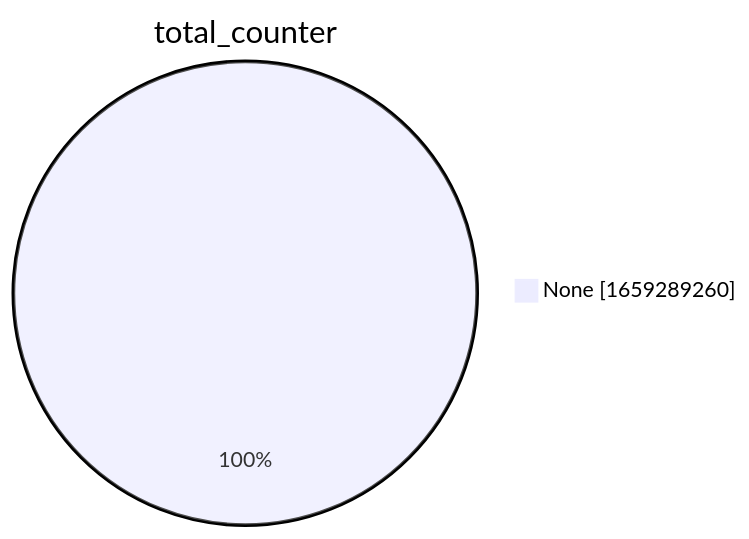
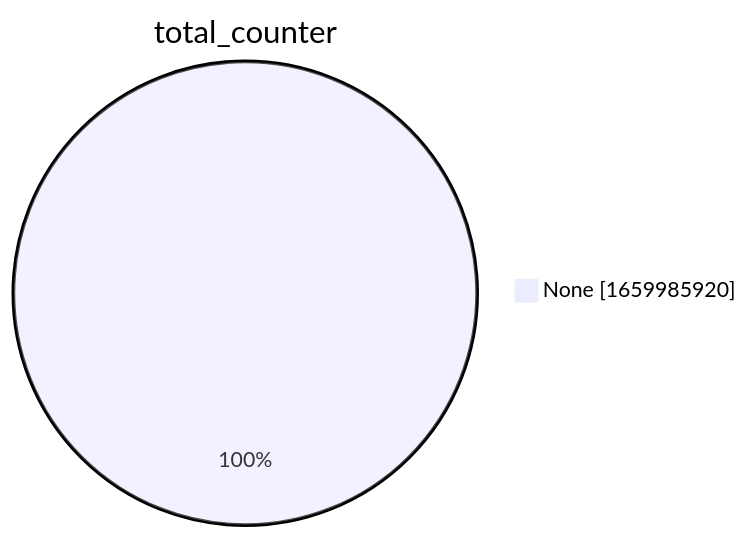
Before and after one commit to christiankrug/ctmonitor_visualization: the second of 15 diagrams in xenon2022/README.md, drawn with Mermaid. The commit also changed other lines of this file, not shown here.

````diff
--- a/xenon2022/README.md
+++ b/xenon2022/README.md
@@ -9,5 +9,5 @@
 ```mermaid
 pie showData
 title total_counter
-"None" :1659289260
+"None" :1659985920
 ```
````
